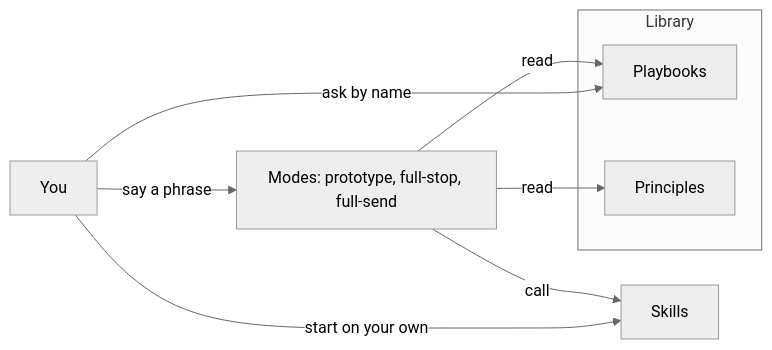
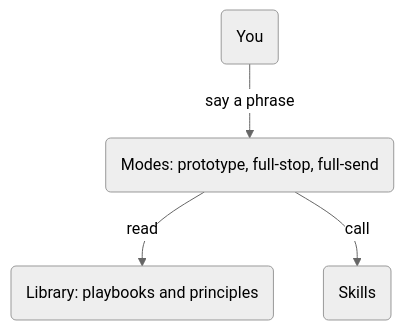
Before and after one commit to JoshuaHayesWasHere/jstack: the first of 2 diagrams in wiki/Skills.md, drawn with Mermaid (neutral theme). The commit also changed other lines of this file and 7 other files, not shown here.

Commit message:
Wiki diagrams explain only the skills, never cross a line, and fit GitHub's viewer in light and dark mode

````diff
--- a/wiki/Skills.md
+++ b/wiki/Skills.md
@@ -9,13 +9,7 @@
 ```mermaid
-flowchart LR
-    you["You"] -->|"say a phrase"| modes["Modes: prototype, full-stop, full-send"]
-    subgraph library["Library"]
-        playbooks["Playbooks"]
-        principles["Principles"]
-    end
-    modes -->|read| playbooks
-    modes -->|read| principles
-    modes -->|call| skills["Skills"]
-    you -->|"ask by name"| playbooks
-    you -->|"start on your own"| skills
+%%{init: {"flowchart": {"wrappingWidth": 400}}}%%
+flowchart TD
+    you("You") -->|say a phrase| modes("Modes: prototype, full-stop, full-send")
+    modes -->|read| library("Library: playbooks and principles")
+    modes -->|call| skills("Skills")
 ```
````
